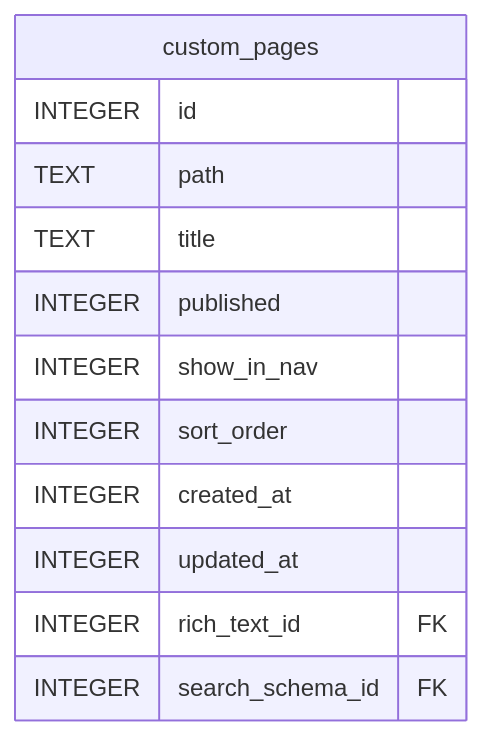
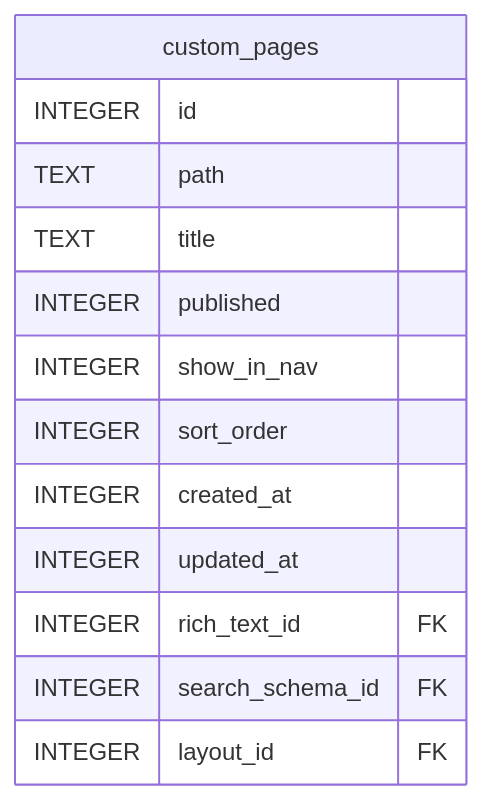
Before and after one commit to ktbhealth/docs: the diagram in content/docs/en/developers/plugins/pages/reference/schema.mmd, drawn with Mermaid. The commit also changed 23 other files, not shown here.

First line of the commit message:
docs(erd): layouts domain + custom_pages.layout_id (product fix/i18n-gaps)

```diff
--- a/content/docs/en/developers/plugins/pages/reference/schema.mmd
+++ b/content/docs/en/developers/plugins/pages/reference/schema.mmd
@@ -1,15 +1,16 @@
 erDiagram
 
 
 "custom_pages" {
   INTEGER id
   TEXT path
   TEXT title
   INTEGER published
   INTEGER show_in_nav
   INTEGER sort_order
   INTEGER created_at
   INTEGER updated_at
   INTEGER rich_text_id FK
   INTEGER search_schema_id FK
+  INTEGER layout_id FK
 }
```
